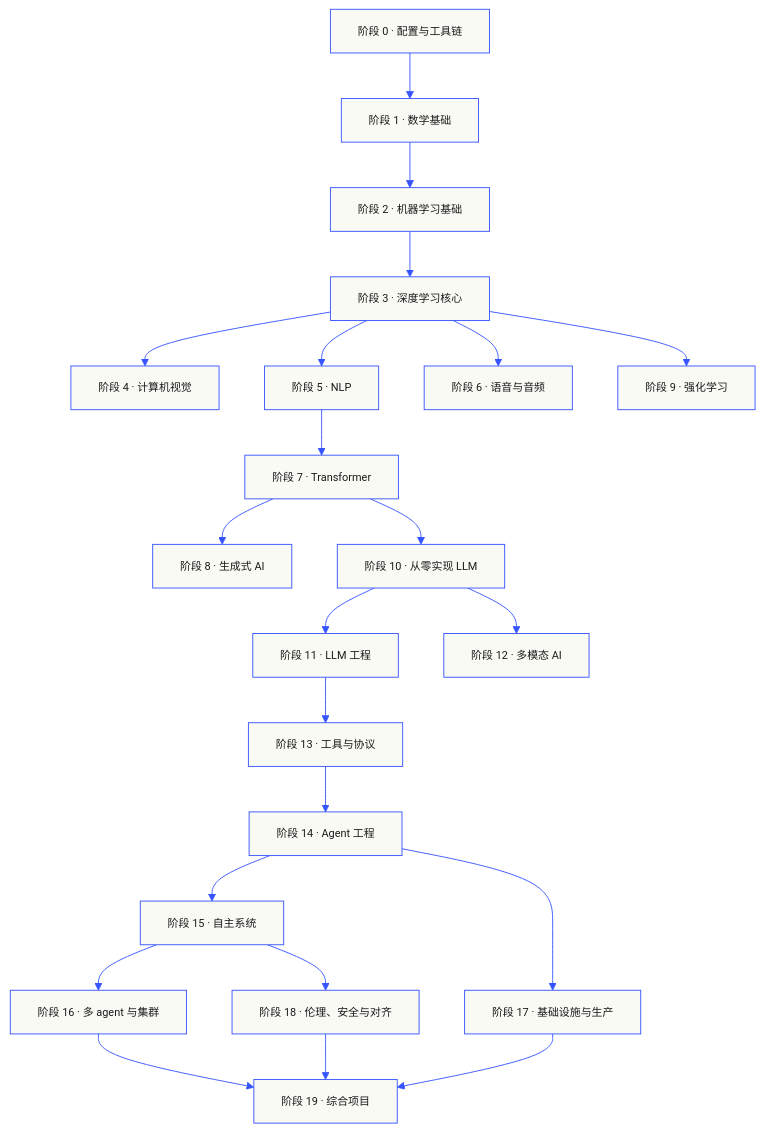
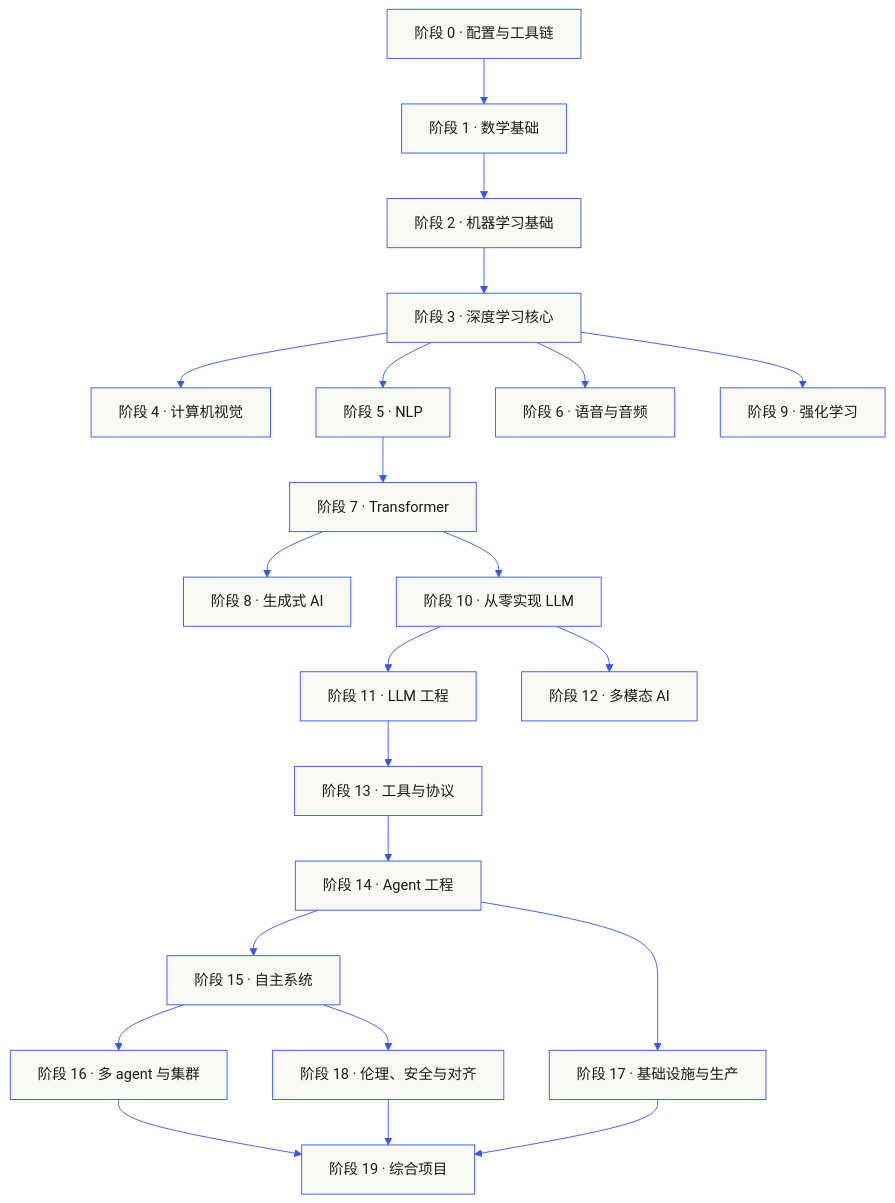
Before and after one commit to fancyboi999/ai-engineering-from-scratch-zh: the first of 2 diagrams in README.md, drawn with Mermaid. The commit also changed other lines of this file, not shown here.

Commit message:
fix(readme): mermaid 去掉 JetBrains Mono 字体，修中文节点截断
根因：init 里的 fontFamily:'JetBrains Mono' 是英文等宽字体、无中文字形，
GitHub 渲染 mermaid 时用它测量节点宽度，测中文偏窄→节点画得过窄→中文
（尤其较长的 <sub> 副标题）溢出被裁切（"一句话核心理念"被截成"…核心理"）。

去掉 fontFamily/fontSize，让 mermaid 用默认 sans 字体栈正确测量中文宽度。
颜色主题（primaryColor/borderColor/lineColor）保留不变。

````diff
--- a/README.md
+++ b/README.md
@@ -69,25 +69,25 @@
 ```mermaid
-%%{init: {'theme':'base','themeVariables':{'primaryColor':'#fafaf5','primaryTextColor':'#1a1a1a','primaryBorderColor':'#3553ff','lineColor':'#3553ff','fontFamily':'JetBrains Mono','fontSize':'12px'}}}%%
+%%{init: {'theme':'base','themeVariables':{'primaryColor':'#fafaf5','primaryTextColor':'#1a1a1a','primaryBorderColor':'#3553ff','lineColor':'#3553ff'}}}%%
 flowchart TB
   P0["阶段 0 · 配置与工具链"] --> P1["阶段 1 · 数学基础"]
   P1 --> P2["阶段 2 · 机器学习基础"]
   P2 --> P3["阶段 3 · 深度学习核心"]
   P3 --> P4["阶段 4 · 计算机视觉"]
   P3 --> P5["阶段 5 · NLP"]
   P3 --> P6["阶段 6 · 语音与音频"]
   P3 --> P9["阶段 9 · 强化学习"]
   P5 --> P7["阶段 7 · Transformer"]
   P7 --> P8["阶段 8 · 生成式 AI"]
   P7 --> P10["阶段 10 · 从零实现 LLM"]
   P10 --> P11["阶段 11 · LLM 工程"]
   P10 --> P12["阶段 12 · 多模态 AI"]
   P11 --> P13["阶段 13 · 工具与协议"]
   P13 --> P14["阶段 14 · Agent 工程"]
   P14 --> P15["阶段 15 · 自主系统"]
   P15 --> P16["阶段 16 · 多 agent 与集群"]
   P14 --> P17["阶段 17 · 基础设施与生产"]
   P15 --> P18["阶段 18 · 伦理、安全与对齐"]
   P16 --> P19["阶段 19 · 综合项目"]
   P17 --> P19
   P18 --> P19
 ```
````
